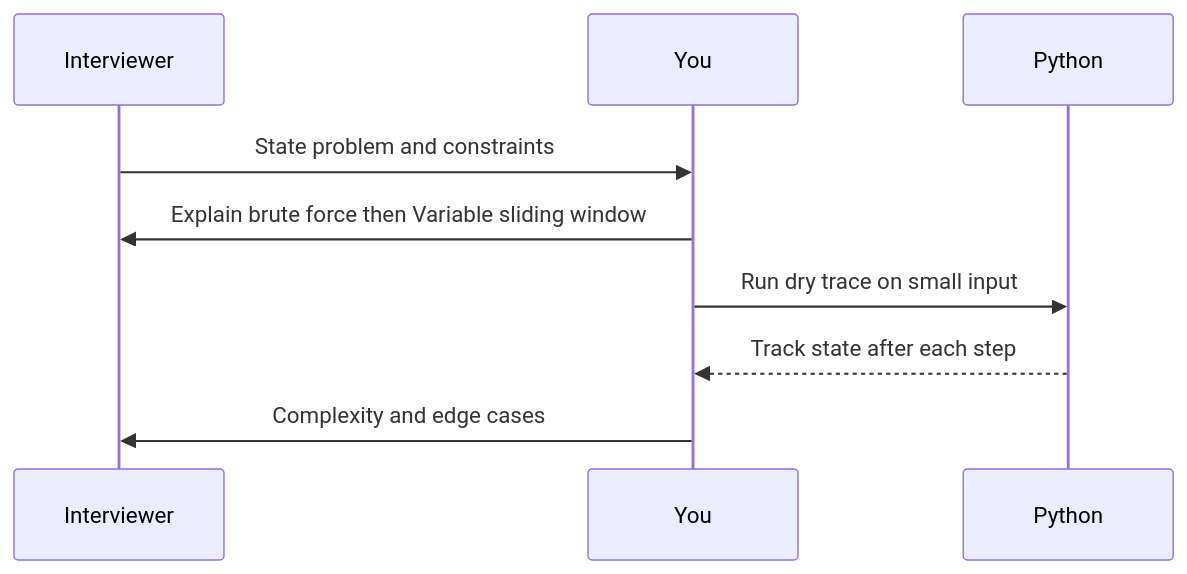
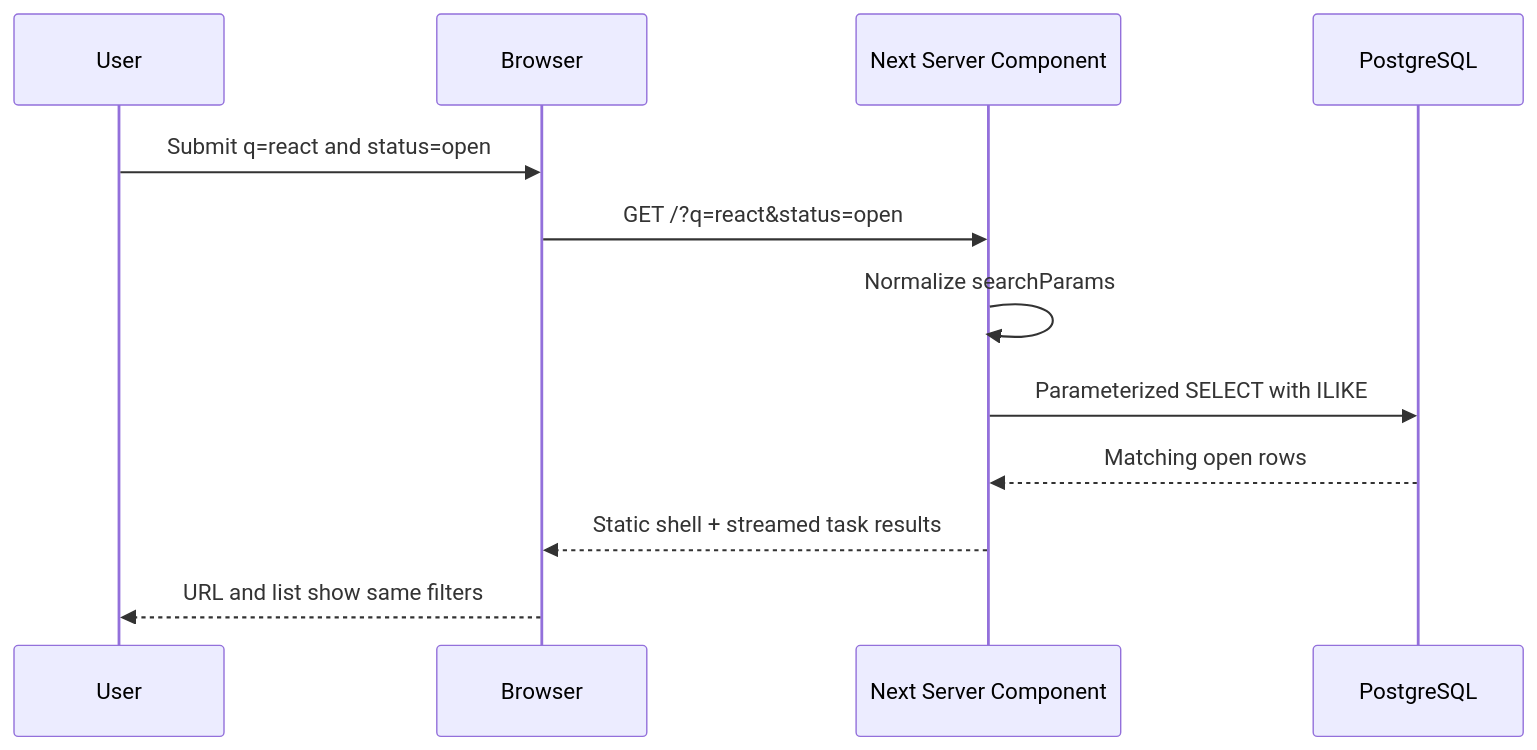
Before and after one commit to pratulsharma/minitrack: the second of 2 diagrams in lessons/day-08.md, drawn with Mermaid. The commit also changed other lines of this file and 16 other files, not shown here.

````diff
--- a/lessons/day-08.md
+++ b/lessons/day-08.md
@@ -28,11 +251,14 @@
 ```mermaid
 sequenceDiagram
-    participant I as Interviewer
-    participant Y as You
-    participant P as Python
-    I->>Y: State problem and constraints
-    Y->>I: Explain brute force then Variable sliding window
-    Y->>P: Run dry trace on small input
-    P-->>Y: Track state after each step
-    Y->>I: Complexity and edge cases
+  participant U as User
+  participant B as Browser
+  participant N as Next Server Component
+  participant P as PostgreSQL
+  U->>B: Submit q=react and status=open
+  B->>N: GET /?q=react&status=open
+  N->>N: Normalize searchParams
+  N->>P: Parameterized SELECT with ILIKE
+  P-->>N: Matching open rows
+  N-->>B: Static shell + streamed task results
+  B-->>U: URL and list show same filters
 ```
````
